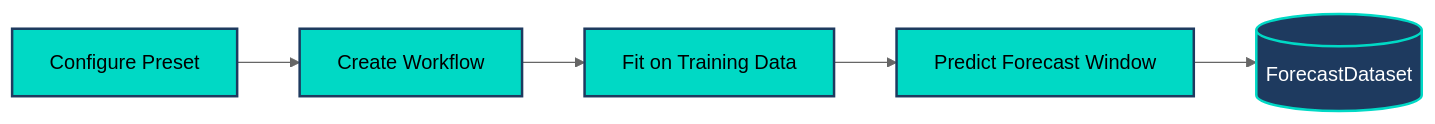
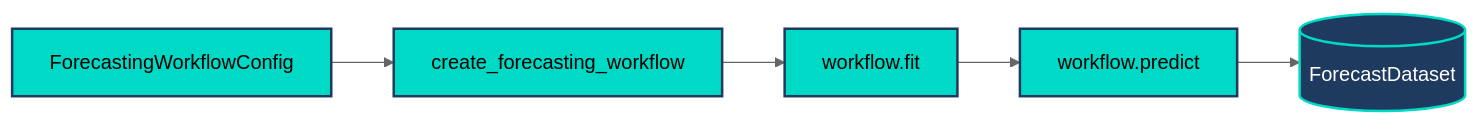
One commit to paula-passet/openstef_Sia changed the diagram in docs/source/diagrams/getting_started/quickstart_diagram_1.mmd. Above: the diagram before and after it, drawn with Mermaid (neutral theme).

Commit message:
docs: add generated diagram diagrams/getting_started/quickstart_diagram_1.mmd

```diff
--- a/docs/source/diagrams/getting_started/quickstart_diagram_1.mmd
+++ b/docs/source/diagrams/getting_started/quickstart_diagram_1.mmd
@@ -1,11 +1,11 @@
 graph LR
-    A[Configure Preset] --> B[Create Workflow]
-    B --> C[Fit on Training Data]
-    C --> D[Predict Forecast Window]
+    A[ForecastingWorkflowConfig] --> B[create_forecasting_workflow]
+    B --> C[workflow.fit]
+    C --> D[workflow.predict]
     D --> E[(ForecastDataset)]
     classDef primary fill:#00D9C5,stroke:#1E3A5F,stroke-width:2px,color:#000
     classDef secondary fill:#1E3A5F,stroke:#00D9C5,stroke-width:2px,color:#fff
     classDef accent fill:#e6f7f5,stroke:#00D9C5,stroke-width:2px,color:#000
     class A,B primary
     class C,D primary
     class E secondary
```
